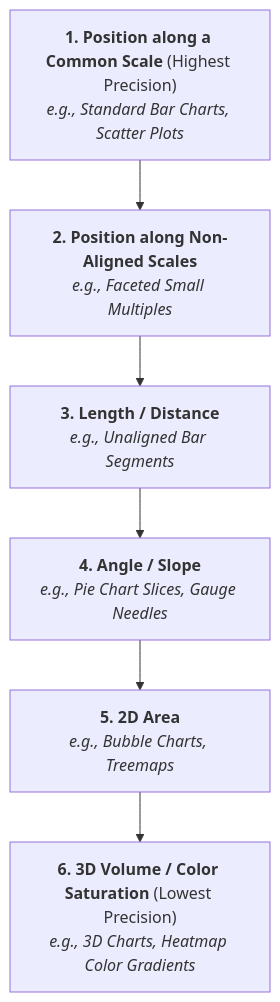
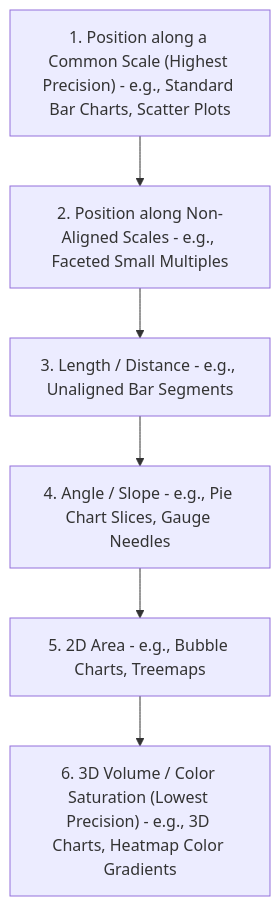
One commit to DeepLumiere/DeepSkills changed the second of 9 diagrams in notes/data_analysis/Chapter8_Business_Data_Visualization_Definition_Purpose_Usage.md. Above: the diagram before and after it, drawn with Mermaid. The commit also changed other lines of this file and 56 other files, not shown here.

````diff
--- a/notes/data_analysis/Chapter8_Business_Data_Visualization_Definition_Purpose_Usage.md
+++ b/notes/data_analysis/Chapter8_Business_Data_Visualization_Definition_Purpose_Usage.md
@@ -56,8 +56,8 @@
 ```mermaid
 flowchart TD
-    Rank1["<b>1. Position along a Common Scale</b> (Highest Precision)<br/><i>e.g., Standard Bar Charts, Scatter Plots</i>"] --> Rank2["<b>2. Position along Non-Aligned Scales</b><br/><i>e.g., Faceted Small Multiples</i>"]
-    Rank2 --> Rank3["<b>3. Length / Distance</b><br/><i>e.g., Unaligned Bar Segments</i>"]
-    Rank3 --> Rank4["<b>4. Angle / Slope</b><br/><i>e.g., Pie Chart Slices, Gauge Needles</i>"]
-    Rank4 --> Rank5["<b>5. 2D Area</b><br/><i>e.g., Bubble Charts, Treemaps</i>"]
-    Rank5 --> Rank6["<b>6. 3D Volume / Color Saturation</b> (Lowest Precision)<br/><i>e.g., 3D Charts, Heatmap Color Gradients</i>"]
+    Rank1["1. Position along a Common Scale (Highest Precision) - e.g., Standard Bar Charts, Scatter Plots"] --> Rank2["2. Position along Non-Aligned Scales - e.g., Faceted Small Multiples"]
+    Rank2 --> Rank3["3. Length / Distance - e.g., Unaligned Bar Segments"]
+    Rank3 --> Rank4["4. Angle / Slope - e.g., Pie Chart Slices, Gauge Needles"]
+    Rank4 --> Rank5["5. 2D Area - e.g., Bubble Charts, Treemaps"]
+    Rank5 --> Rank6["6. 3D Volume / Color Saturation (Lowest Precision) - e.g., 3D Charts, Heatmap Color Gradients"]
 ```
````
